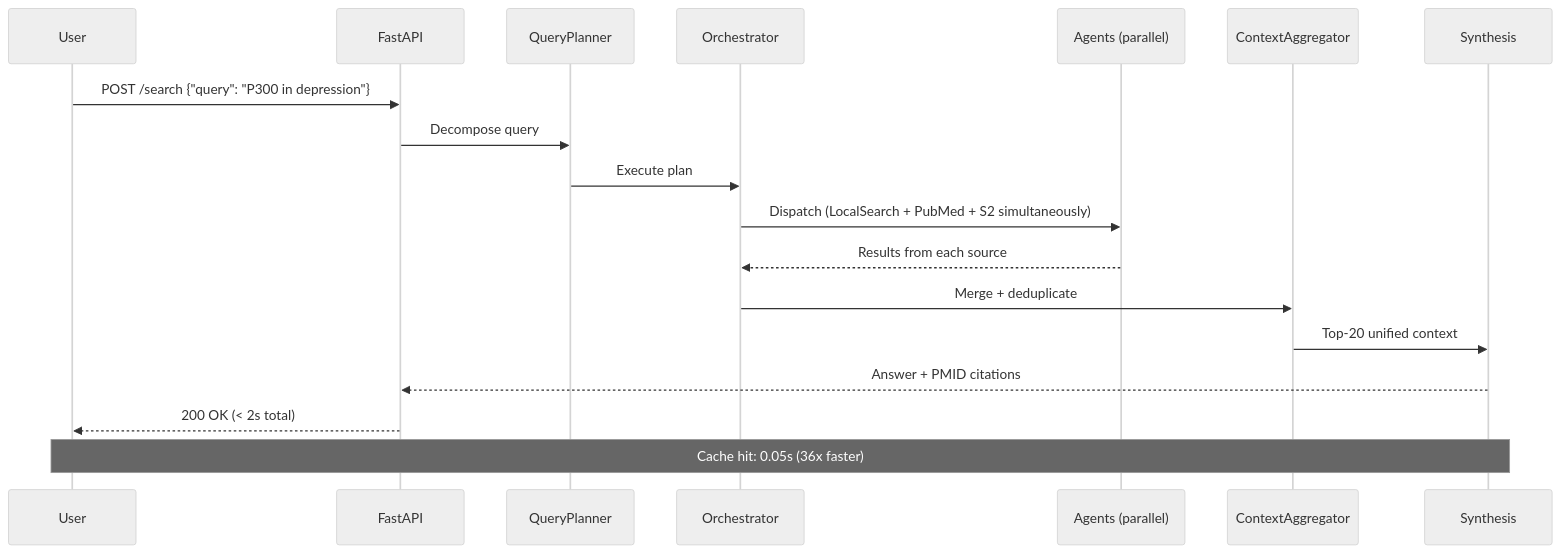
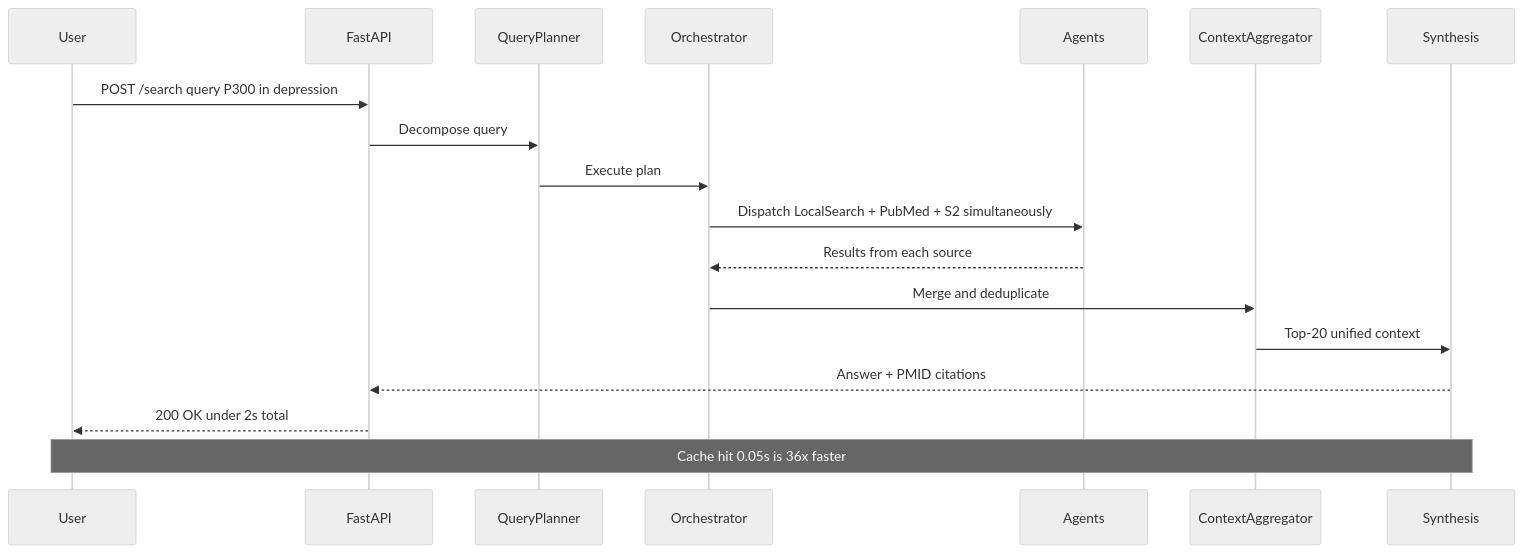
Before and after one commit to hkevin01/eeg-rag: the second of 5 diagrams in README.md, drawn with Mermaid (neutral theme). The commit also changed other lines of this file, not shown here.

Commit message:
fix: improve readability of diagrams and text in README.md

````diff
--- a/README.md
+++ b/README.md
@@ -191,21 +200,21 @@
 ```mermaid
 sequenceDiagram
     participant U as User
     participant API as FastAPI
     participant QP as QueryPlanner
     participant ORCH as Orchestrator
-    participant AGENTS as Agents (parallel)
+    participant AGENTS as Agents
     participant CTX as ContextAggregator
     participant LLM as Synthesis
 
-    U->>API: POST /search {"query": "P300 in depression"}
+    U->>API: POST /search query P300 in depression
     API->>QP: Decompose query
     QP->>ORCH: Execute plan
-    ORCH->>AGENTS: Dispatch (LocalSearch + PubMed + S2 simultaneously)
+    ORCH->>AGENTS: Dispatch LocalSearch + PubMed + S2 simultaneously
     AGENTS-->>ORCH: Results from each source
-    ORCH->>CTX: Merge + deduplicate
+    ORCH->>CTX: Merge and deduplicate
     CTX->>LLM: Top-20 unified context
     LLM-->>API: Answer + PMID citations
-    API-->>U: 200 OK (< 2s total)
-    Note over U,LLM: Cache hit: 0.05s (36x faster)
+    API-->>U: 200 OK under 2s total
+    Note over U,LLM: Cache hit 0.05s is 36x faster
 ```
````
